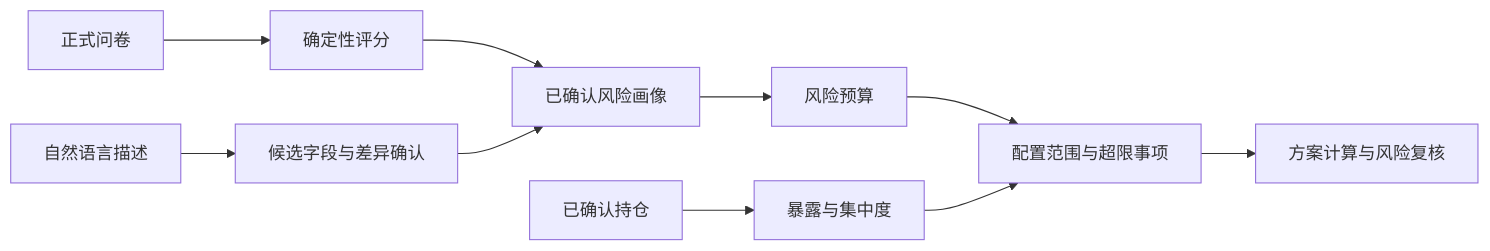
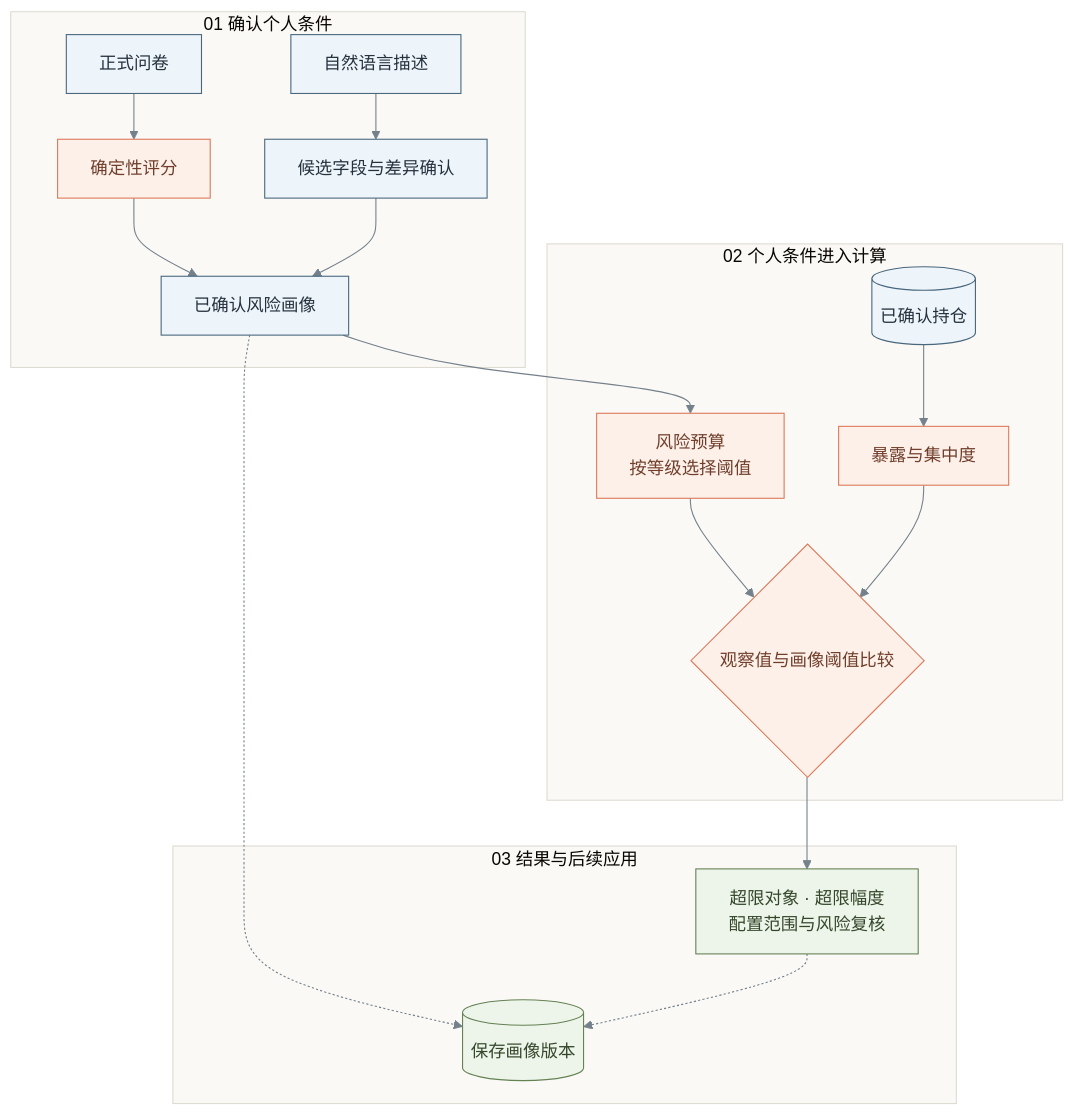
Before and after one commit to 1917173927/prism: the third of 8 diagrams in docs/submission/competition-technical-solution.md, drawn with Mermaid. The commit also changed other lines of this file and 4 other files, not shown here.

Commit message:
docs: 更新技术文档标题并丰富图示

````diff
--- a/docs/submission/competition-technical-solution.md
+++ b/docs/submission/competition-technical-solution.md
@@ -247,12 +281,27 @@
 ```mermaid
-flowchart LR
+%%{init: {"theme":"base","themeVariables":{"fontFamily":"Microsoft YaHei, sans-serif","lineColor":"#74818b","clusterBkg":"#faf9f6","clusterBorder":"#dedbd2"},"flowchart":{"curve":"basis","rankSpacing":42}}}%%
+flowchart TD
+    subgraph CONFIRM[01 确认个人条件]
     A[正式问卷] --> B[确定性评分]
     C[自然语言描述] --> D[候选字段与差异确认]
     B --> E[已确认风险画像]
     D --> E
-    E --> F[风险预算]
-    G[已确认持仓] --> H[暴露与集中度]
-    F --> I[配置范围与超限事项]
+    end
+    subgraph CALC[02 个人条件进入计算]
+    E --> F[风险预算<br/>按等级选择阈值]
+    G[(已确认持仓)] --> H[暴露与集中度]
+    F --> I{观察值与画像阈值比较}
     H --> I
-    I --> J[方案计算与风险复核]
+    end
+    subgraph USE[03 结果与后续应用]
+    I --> J[超限对象 · 超限幅度<br/>配置范围与风险复核]
+    E -.-> K[(保存画像版本)]
+    J -.-> K
+    end
+    classDef input fill:#edf4fa,stroke:#49677d,color:#25313d
+    classDef compute fill:#fcf0e9,stroke:#dc7958,color:#703e2b
+    classDef result fill:#edf4e9,stroke:#658254,color:#34472b
+    class A,C,D,E,G input
+    class B,F,H,I compute
+    class J,K result
 ```
````
